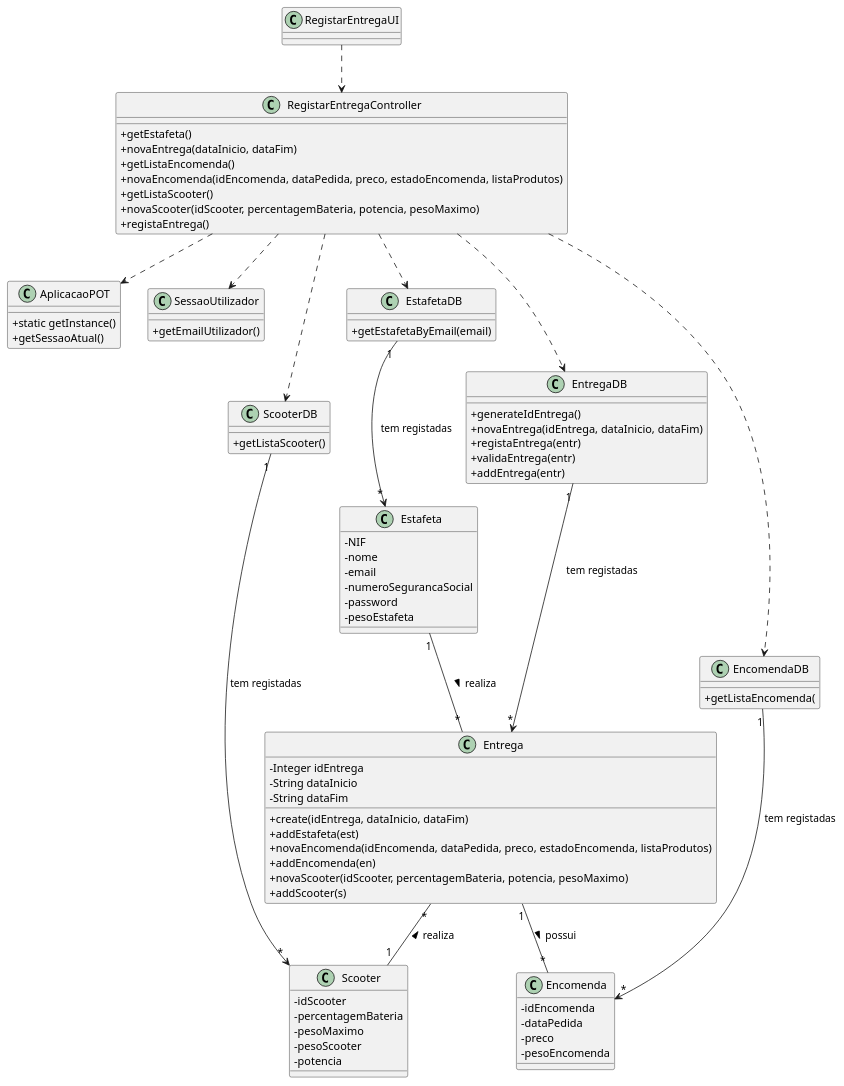
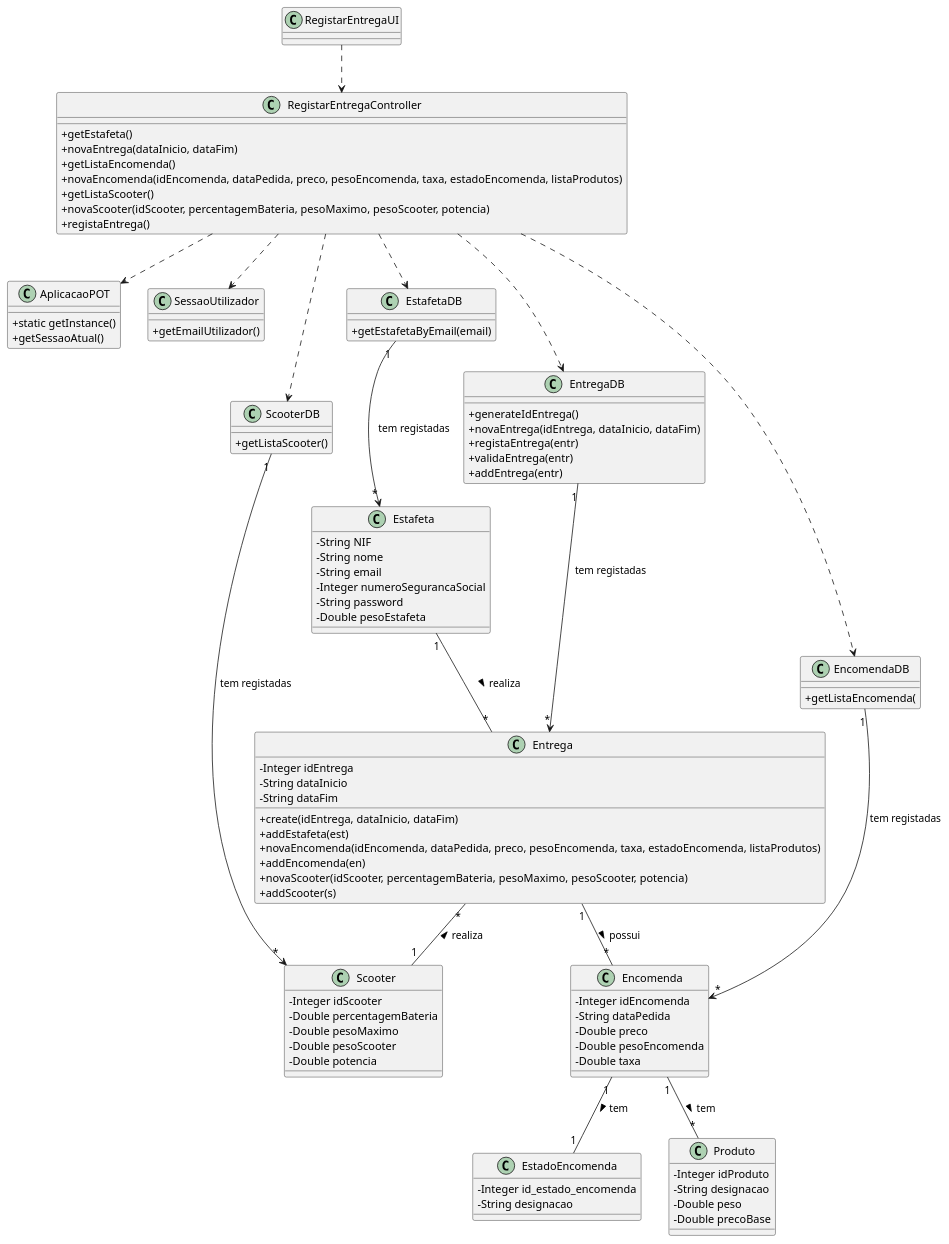
Before and after one commit to pedrolemos4/LAPR3: the diagram in docs/UC14/RegistoEntregaCD.puml, drawn with PlantUML. The commit also changed 1 other file, not shown here.

```diff
--- a/docs/UC14/RegistoEntregaCD.puml
+++ b/docs/UC14/RegistoEntregaCD.puml
@@ -1,100 +1,114 @@
 @startuml
 skinparam classAttributeIconSize 0
 
 class AplicacaoPOT{
   +static getInstance()
   +getSessaoAtual()
 }
 
 class SessaoUtilizador{
   +getEmailUtilizador()
 }
 
 class ScooterDB {
   +getListaScooter()
 }
 
 class EncomendaDB {
   +getListaEncomenda(
 }
 
 class Entrega {
   -Integer idEntrega
   -String dataInicio
   -String dataFim
   +create(idEntrega, dataInicio, dataFim)
   +addEstafeta(est)
-  +novaEncomenda(idEncomenda, dataPedida, preco, estadoEncomenda, listaProdutos)
+  +novaEncomenda(idEncomenda, dataPedida, preco, pesoEncomenda, taxa, estadoEncomenda, listaProdutos)
   +addEncomenda(en)
-  +novaScooter(idScooter, percentagemBateria, potencia, pesoMaximo)
+  +novaScooter(idScooter, percentagemBateria, pesoMaximo, pesoScooter, potencia)
   +addScooter(s)
 }
 
 class EntregaDB {
   +generateIdEntrega()
   +novaEntrega(idEntrega, dataInicio, dataFim)
   +registaEntrega(entr)
   +validaEntrega(entr)
   +addEntrega(entr)
 }
 
 class EstafetaDB {
   +getEstafetaByEmail(email)
 }
 
 class RegistarEntregaController {
   +getEstafeta()
   +novaEntrega(dataInicio, dataFim)
   +getListaEncomenda()
-  +novaEncomenda(idEncomenda, dataPedida, preco, estadoEncomenda, listaProdutos)
+  +novaEncomenda(idEncomenda, dataPedida, preco, pesoEncomenda, taxa, estadoEncomenda, listaProdutos)
   +getListaScooter()
-  +novaScooter(idScooter, percentagemBateria, potencia, pesoMaximo)
+  +novaScooter(idScooter, percentagemBateria, pesoMaximo, pesoScooter, potencia)
   +registaEntrega()
 }
 
 class RegistarEntregaUI {
 }
 
 class Encomenda {
-  -idEncomenda
-  -dataPedida
-  -preco
-  -pesoEncomenda
+  -Integer idEncomenda
+  -String dataPedida
+  -Double preco
+  -Double pesoEncomenda
+  -Double taxa
 }
 
 class Estafeta {
-  -NIF
-  -nome
-  -email
-  -numeroSegurancaSocial
-  -password
-  -pesoEstafeta
+  -String NIF
+  -String nome
+  -String email
+  -Integer numeroSegurancaSocial
+  -String password
+  -Double pesoEstafeta
 }
 
 class Scooter {
-  -idScooter
-  -percentagemBateria
-  -pesoMaximo
-  -pesoScooter
-  -potencia
+  -Integer idScooter
+  -Double percentagemBateria
+  -Double pesoMaximo
+  -Double pesoScooter
+  -Double potencia
+}
+
+class EstadoEncomenda {
+  -Integer id_estado_encomenda
+  -String designacao
+}
+
+class Produto {
+  -Integer idProduto
+  -String designacao
+  -Double peso
+  -Double precoBase
 }
 
 RegistarEntregaUI ..> RegistarEntregaController
 
 RegistarEntregaController ..> EstafetaDB
 RegistarEntregaController ..> EntregaDB
 RegistarEntregaController ..> EncomendaDB
 RegistarEntregaController ..> ScooterDB
 RegistarEntregaController ..> AplicacaoPOT
 RegistarEntregaController ..> SessaoUtilizador
 
 EntregaDB "1" --> "*" Entrega : tem registadas
 EstafetaDB "1" --> "*" Estafeta : tem registadas
 EncomendaDB "1" --> "*" Encomenda : tem registadas
 ScooterDB "1" --> "*" Scooter : tem registadas
-
+Encomenda "1" -- "1" EstadoEncomenda : tem >
 Entrega "1" -- "*" Encomenda : possui >
 Estafeta "1" -- "*" Entrega: realiza >
 Entrega "*" -- "1" Scooter: realiza <
+Encomenda "1" -- "*" Produto: tem >
 
 @enduml
```
